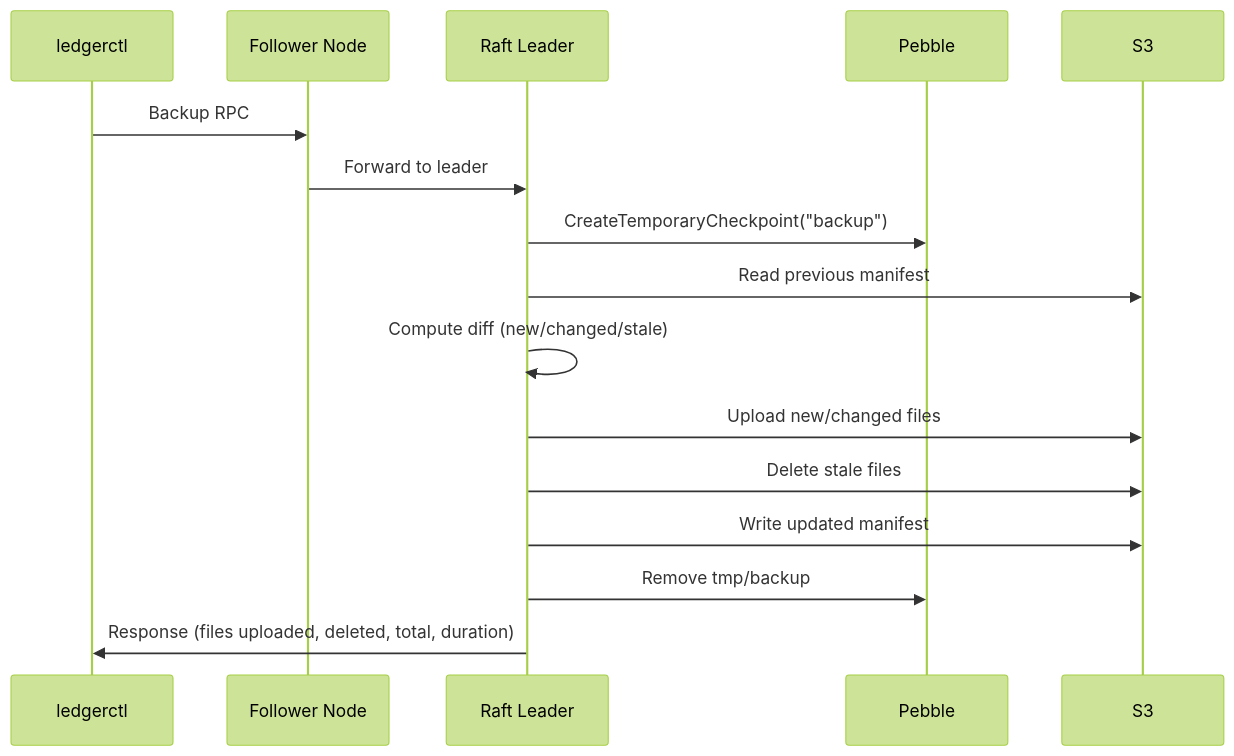
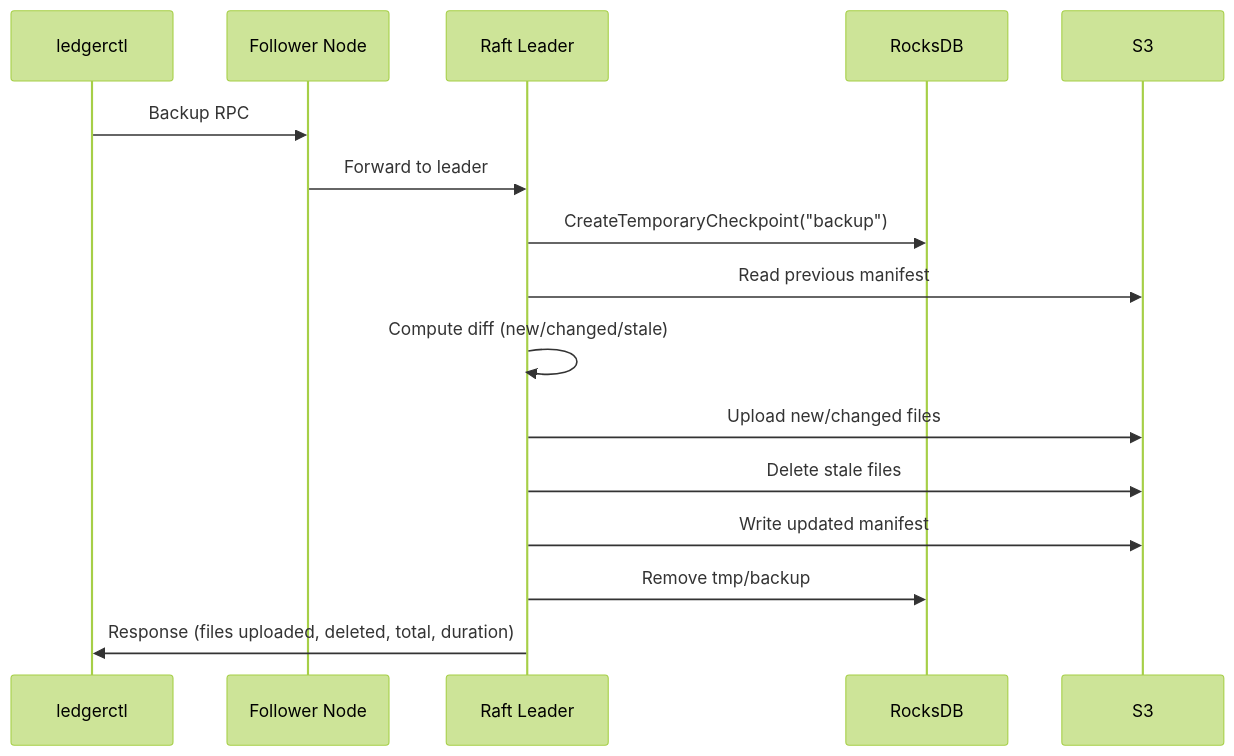
Before and after one commit to formancehq/ledger: the diagram in docs/ops/backup-restore.md, drawn with Mermaid (forest theme). The commit also changed other lines of this file and 30 other files, not shown here.

````diff
--- a/docs/ops/backup-restore.md
+++ b/docs/ops/backup-restore.md
@@ -288,21 +288,21 @@
 ```mermaid
 sequenceDiagram
     participant Client as ledgerctl
     participant Follower as Follower Node
     participant Leader as Raft Leader
-    participant Pebble
+    participant RocksDB
     participant Storage as S3
 
     Client->>Follower: Backup RPC
     Follower->>Leader: Forward to leader
 
-    Leader->>Pebble: CreateTemporaryCheckpoint("backup")
+    Leader->>RocksDB: CreateTemporaryCheckpoint("backup")
     Leader->>Storage: Read previous manifest
     Leader->>Leader: Compute diff (new/changed/stale)
     Leader->>Storage: Upload new/changed files
     Leader->>Storage: Delete stale files
     Leader->>Storage: Write updated manifest
-    Leader->>Pebble: Remove tmp/backup
+    Leader->>RocksDB: Remove tmp/backup
 
     Leader->>Client: Response (files uploaded, deleted, total, duration)
 ```
````
